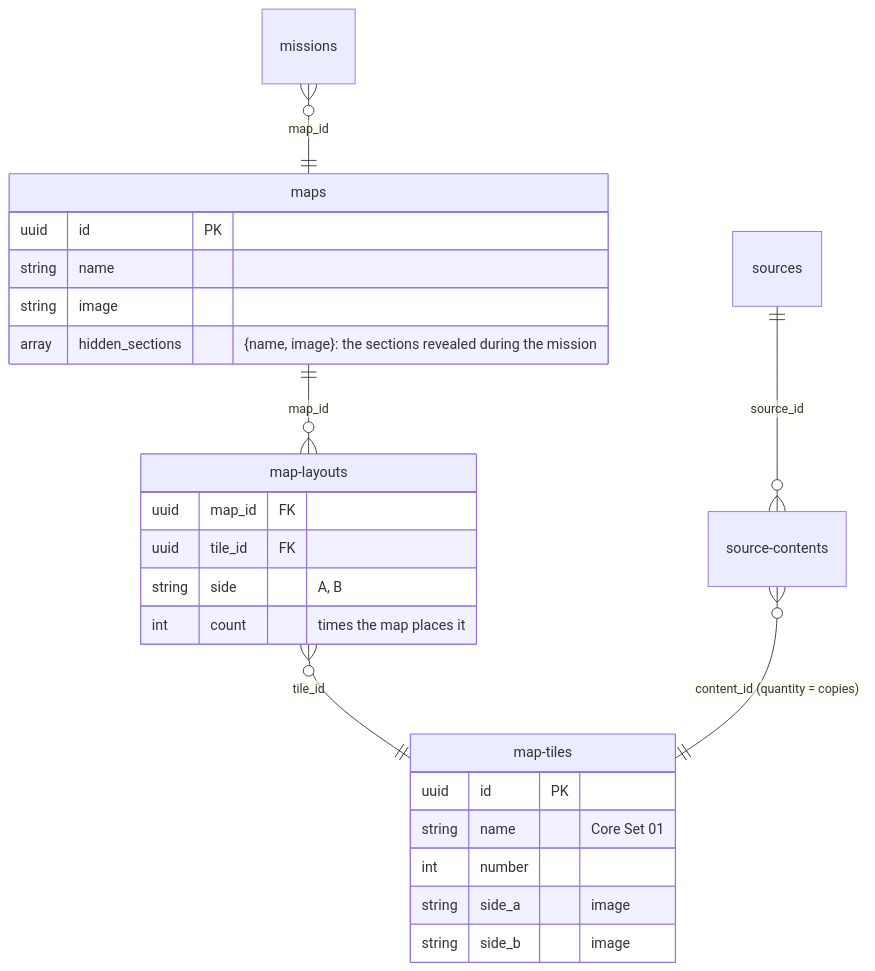
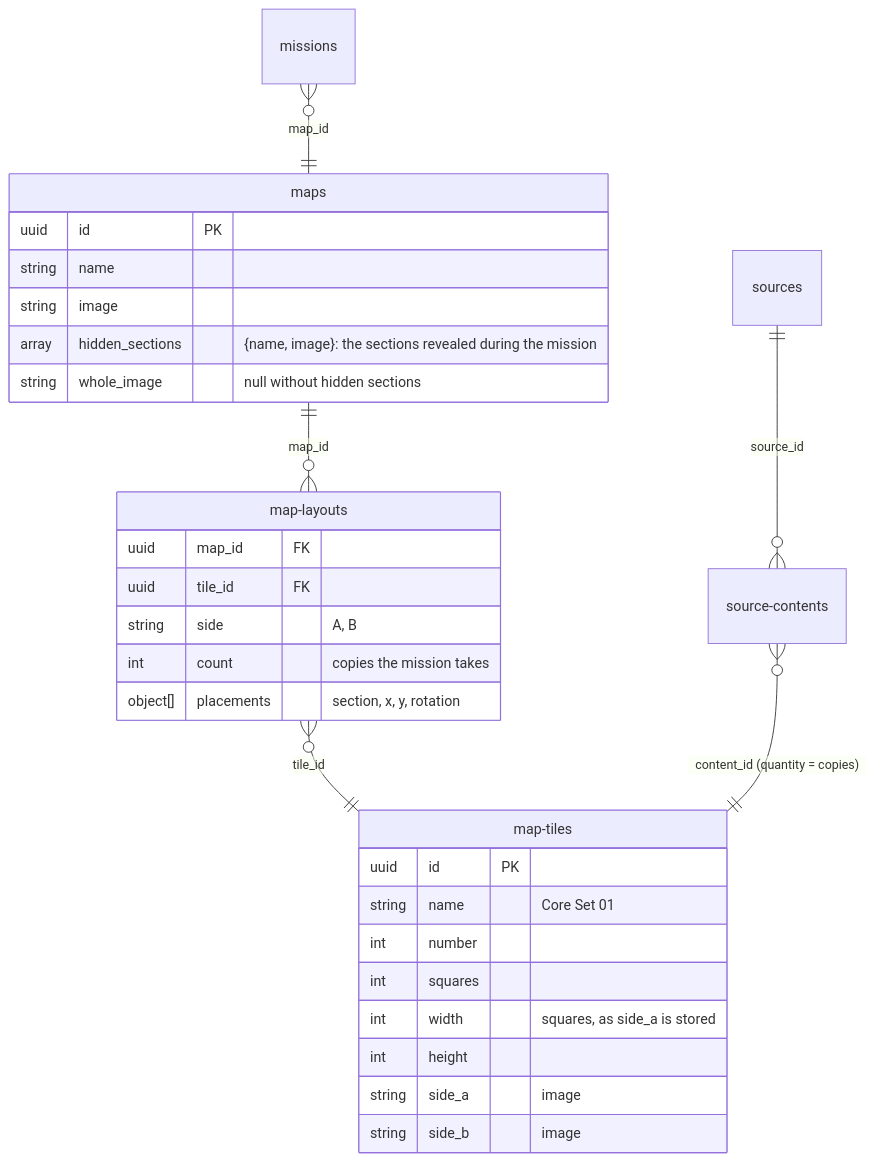
Before and after one commit to lvisintini/imperial-assault-data: the seventh of 9 diagrams in docs/data-model.md, drawn with Mermaid. The commit also changed other lines of this file and 485 other files, not shown here.

Commit message:
Map tile placements, maps drawn from tiles with tile boxes, tile squares, mission locations (#91)

````diff
--- a/docs/data-model.md
+++ b/docs/data-model.md
@@ -440,28 +468,33 @@
 ```mermaid
 erDiagram
     missions }o--|| maps : "map_id"
     maps ||--o{ map-layouts : "map_id"
     map-layouts }o--|| map-tiles : "tile_id"
     sources ||--o{ source-contents : "source_id"
     source-contents }o--|| map-tiles : "content_id (quantity = copies)"
 
     maps {
         uuid id PK
         string name
         string image
         array hidden_sections "{name, image}: the sections revealed during the mission"
+        string whole_image "null without hidden sections"
     }
     map-tiles {
         uuid id PK
         string name "Core Set 01"
         int number
+        int squares
+        int width "squares, as side_a is stored"
+        int height
         string side_a "image"
         string side_b "image"
     }
     map-layouts {
         uuid map_id FK
         uuid tile_id FK
         string side "A, B"
-        int count "times the map places it"
+        int count "copies the mission takes"
+        object[] placements "section, x, y, rotation"
     }
 ```
````
